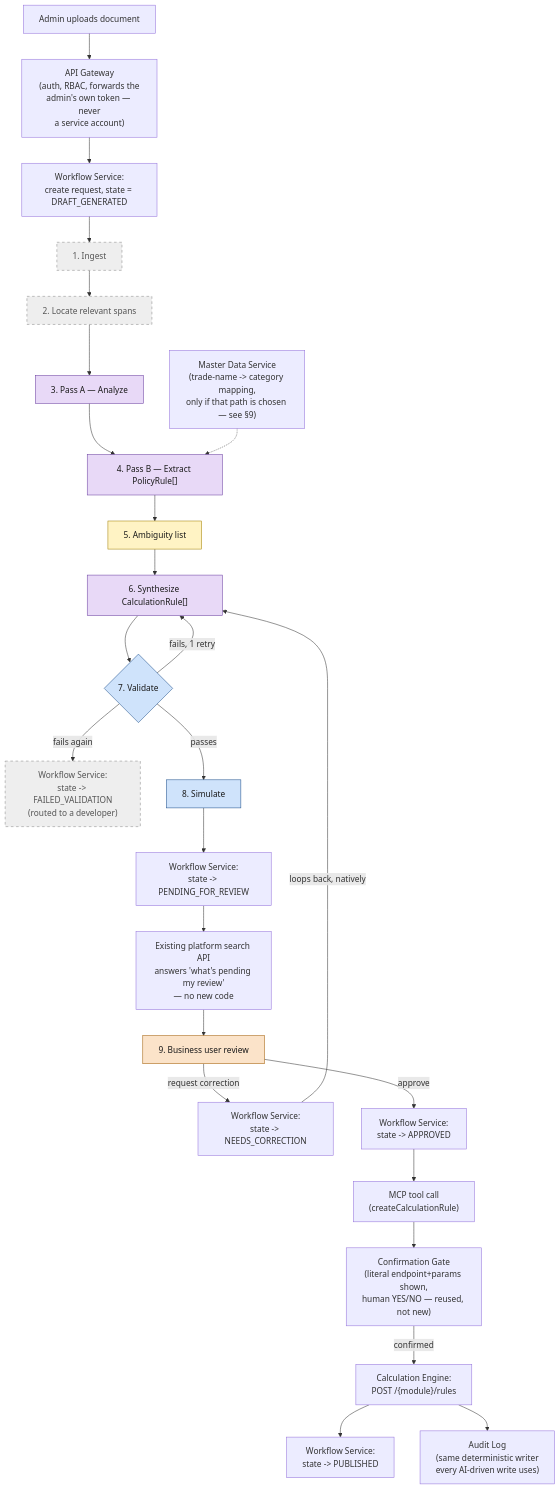
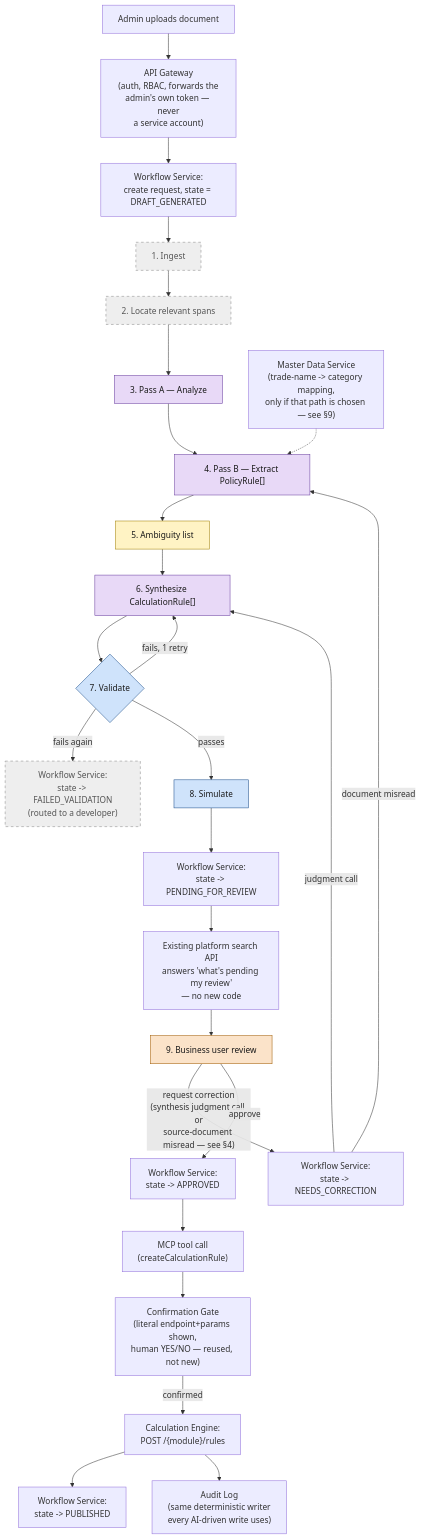
Before and after one commit to srujana-egov/policy-to-calc-spec: the second of 5 diagrams in DEMO.md, drawn with Mermaid. The commit also changed other lines of this file, not shown here.

First line of the commit message:
Name the correction-routing gap: one loop-back arrow was hiding two different cases

````diff
--- a/DEMO.md
+++ b/DEMO.md
@@ -288,34 +327,35 @@
 ```mermaid
 flowchart TD
     ADMIN["Admin uploads document"] --> KONG["API Gateway<br/>(auth, RBAC, forwards the<br/>admin's own token — never<br/>a service account)"]
     KONG --> WFNEW["Workflow Service:<br/>create request, state = DRAFT_GENERATED"]
 
     WFNEW --> S1["1. Ingest"]:::notbuilt --> S2["2. Locate relevant spans"]:::notbuilt
     S2 --> S3D["3. Pass A — Analyze"]:::ai --> S4D["4. Pass B — Extract PolicyRule[]"]:::ai
     S4D --> S5D["5. Ambiguity list"]:::partial --> S6D["6. Synthesize CalculationRule[]"]:::ai
     MDMS["Master Data Service<br/>(trade-name -> category mapping,<br/>only if that path is chosen — see §9)"] -.-> S4D
 
     S6D --> S7D{"7. Validate"}:::code
     S7D -->|fails, 1 retry| S6D
     S7D -->|fails again| WFFAIL["Workflow Service:<br/>state -> FAILED_VALIDATION<br/>(routed to a developer)"]:::notbuilt
     S7D -->|passes| S8D["8. Simulate"]:::code
 
     S8D --> WFREVIEW["Workflow Service:<br/>state -> PENDING_FOR_REVIEW"]
     WFREVIEW --> SEARCHAPI["Existing platform search API<br/>answers 'what's pending my review'<br/>— no new code"]
     SEARCHAPI --> S9D["9. Business user review"]:::human
-    S9D -->|request correction| WFCORRECT["Workflow Service:<br/>state -> NEEDS_CORRECTION"]
-    WFCORRECT -->|loops back, natively| S6D
+    S9D -->|"request correction<br/>(synthesis judgment call or<br/>source-document misread — see §4)"| WFCORRECT["Workflow Service:<br/>state -> NEEDS_CORRECTION"]
+    WFCORRECT -->|"judgment call"| S6D
+    WFCORRECT -->|"document misread"| S4D
     S9D -->|approve| WFAPPROVE["Workflow Service:<br/>state -> APPROVED"]
 
     WFAPPROVE --> MCPTOOL["MCP tool call<br/>(createCalculationRule)"]
     MCPTOOL --> GATE["Confirmation Gate<br/>(literal endpoint+params shown,<br/>human YES/NO — reused, not new)"]
     GATE -->|confirmed| CALCENGINE["Calculation Engine:<br/>POST /{module}/rules"]
     CALCENGINE --> WFPUBLISH["Workflow Service:<br/>state -> PUBLISHED"]
     CALCENGINE --> AUDITLOG["Audit Log<br/>(same deterministic writer<br/>every AI-driven write uses)"]
 
     classDef ai fill:#e8d9f7,stroke:#6a3fa0,color:#1a1a1a
     classDef code fill:#cfe3fb,stroke:#1b4d89,color:#1a1a1a
     classDef human fill:#fbe3c9,stroke:#a15b00,color:#1a1a1a
     classDef partial fill:#fff3c4,stroke:#a17f00,color:#1a1a1a
     classDef notbuilt fill:#eeeeee,stroke:#888888,color:#555555,stroke-dasharray: 5 5
 ```
````
